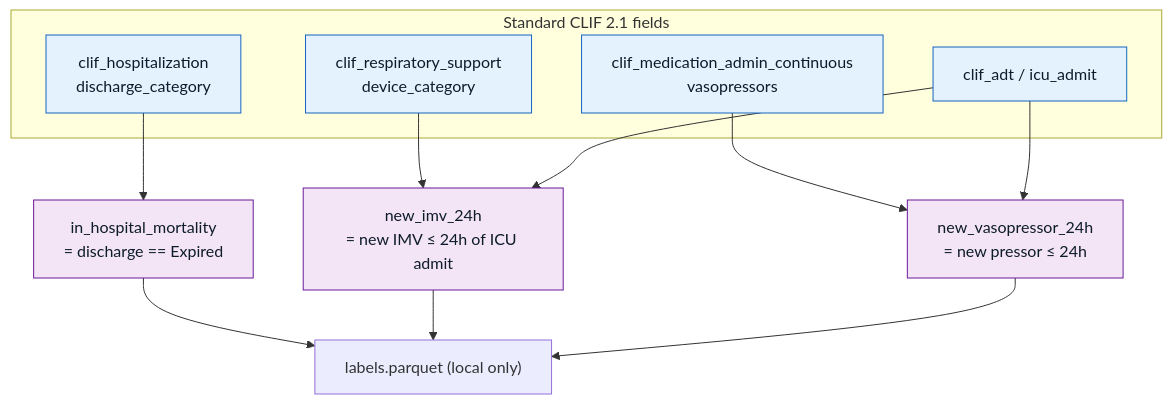
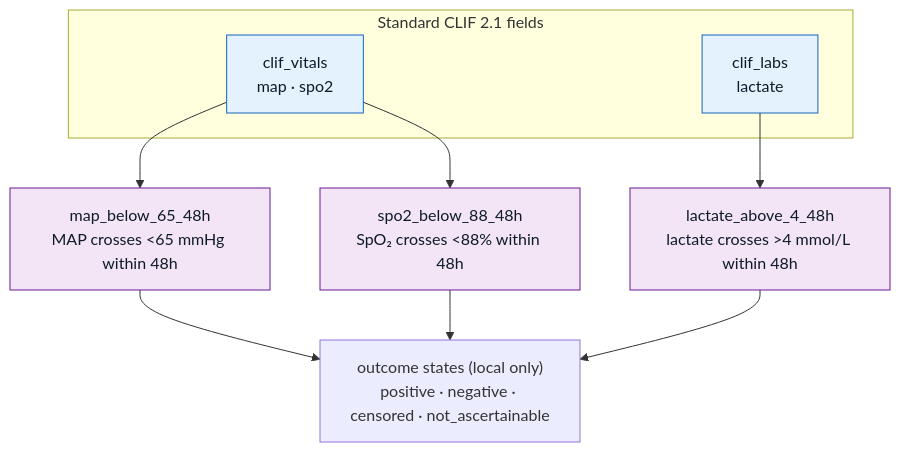
The third of 5 diagrams in website/docs/federated-validation.md (sajor2000/clifatron2.0), drawn with Mermaid before and after one commit. The commit also changed other lines of this file and 9 other files, not shown here.

````diff
--- a/website/docs/federated-validation.md
+++ b/website/docs/federated-validation.md
@@ -88,21 +91,17 @@
 ```mermaid
 flowchart TB
     subgraph CLIF["Standard CLIF 2.1 fields"]
-        H["clif_hospitalization<br/>discharge_category"]
-        RS["clif_respiratory_support<br/>device_category"]
-        MED["clif_medication_admin_continuous<br/>vasopressors"]
-        ADT["clif_adt / icu_admit"]
+        V["clif_vitals<br/>map · spo2"]
+        L["clif_labs<br/>lactate"]
     end
-    H --> O1["in_hospital_mortality<br/>= discharge == Expired"]
-    RS --> O2["new_imv_24h<br/>= new IMV ≤ 24h of ICU admit"]
-    MED --> O3["new_vasopressor_24h<br/>= new pressor ≤ 24h"]
-    ADT --> O2
-    ADT --> O3
+    V --> O1["map_below_65_48h<br/>MAP crosses &lt;65 mmHg within 48h"]
+    L --> O2["lactate_above_4_48h<br/>lactate crosses &gt;4 mmol/L within 48h"]
+    V --> O3["spo2_below_88_48h<br/>SpO₂ crosses &lt;88% within 48h"]
 
-    O1 & O2 & O3 --> LBL["labels.parquet (local only)"]
+    O1 & O2 & O3 --> LBL["outcome states (local only)<br/>positive · negative · censored · not_ascertainable"]
 
     classDef f fill:#e3f2fd,stroke:#1565c0,color:#0d1b2a;
     classDef o fill:#f3e5f5,stroke:#6a1b9a,color:#0d1b2a;
-    class H,RS,MED,ADT f;
+    class V,L f;
     class O1,O2,O3 o;
 ```
````
